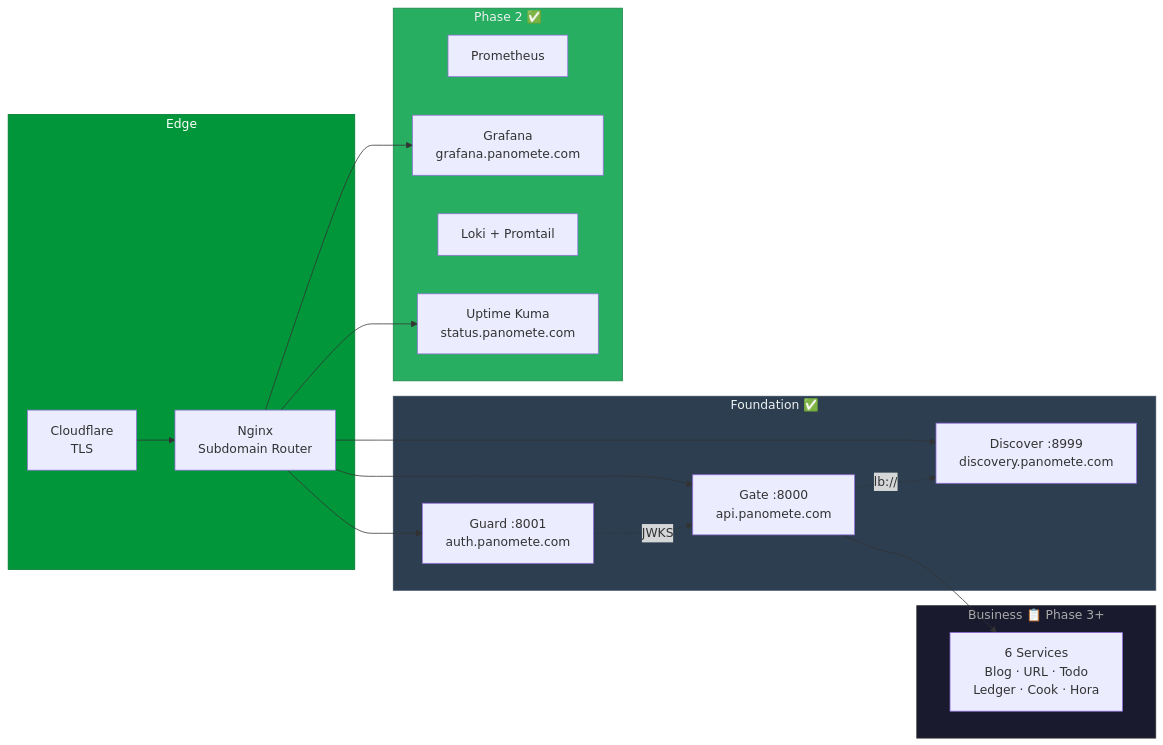
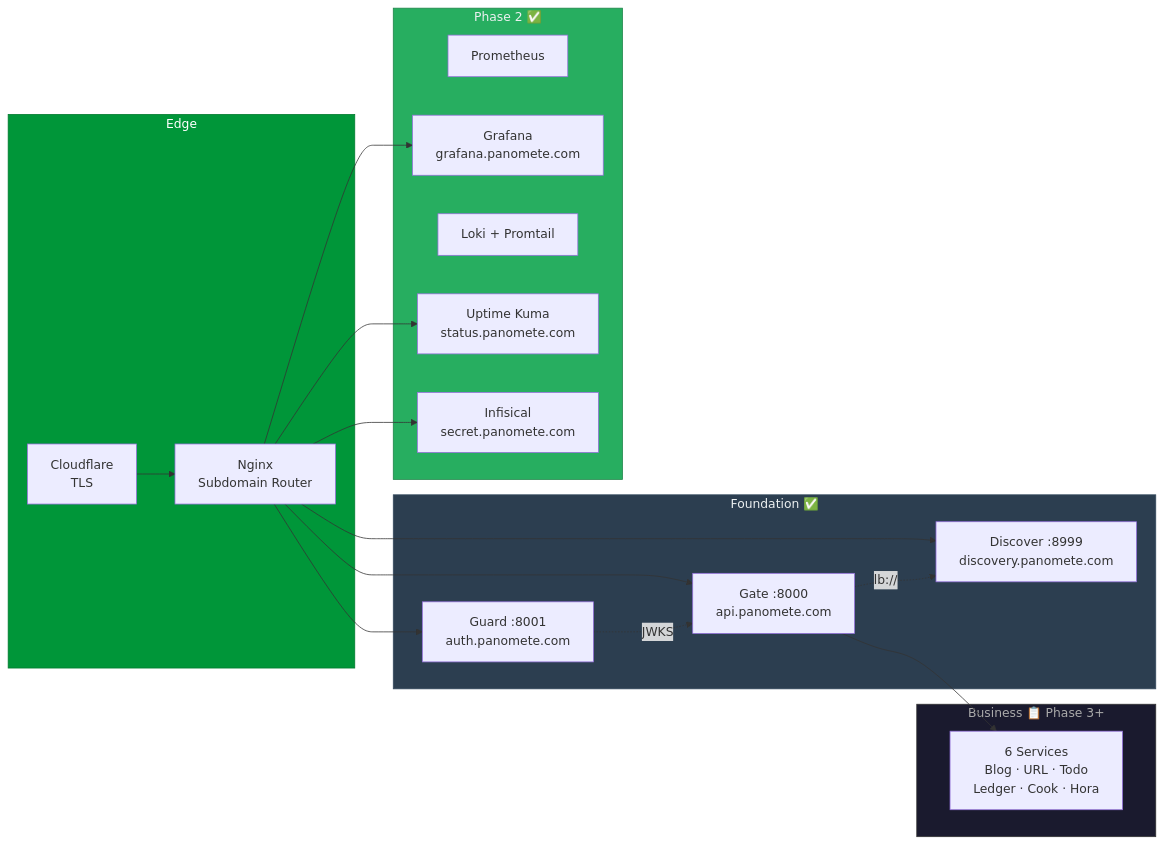
The diagram in README.md (oat431/document_template), drawn with Mermaid before and after one commit. The commit also changed other lines of this file and 1 other file, not shown here.

````diff
--- a/README.md
+++ b/README.md
@@ -62,38 +63,40 @@
 ```mermaid
 flowchart LR
     subgraph Edge["Edge"]
         CF["Cloudflare<br>TLS"] --> Nginx["Nginx<br>Subdomain Router"]
     end
 
     subgraph Foundation["Foundation ✅"]
         Guard["Guard :8001<br>auth.panomete.com"]
         Discover["Discover :8999<br>discovery.panomete.com"]
         Gate["Gate :8000<br>api.panomete.com"]
     end
 
     subgraph Phase2["Phase 2 ✅"]
         Prom["Prometheus"]
         Grafana["Grafana<br>grafana.panomete.com"]
         Loki["Loki + Promtail"]
         Kuma["Uptime Kuma<br>status.panomete.com"]
+        Secret["Infisical<br>secret.panomete.com"]
     end
 
     subgraph Business["Business 📋 Phase 3+"]
         Services["6 Services<br>Blog · URL · Todo<br>Ledger · Cook · Hora"]
     end
 
     Nginx --> Guard
     Nginx --> Discover
     Nginx --> Gate
     Nginx --> Grafana
     Nginx --> Kuma
+    Nginx --> Secret
     Gate --> Services
 
     Guard -.->|"JWKS"| Gate
     Gate -.->|"lb://"| Discover
 
     style Edge fill:#009639,stroke:#007a2e,color:#fff
     style Foundation fill:#2c3e50,stroke:#34495e,color:#ecf0f1
     style Phase2 fill:#27ae60,stroke:#1e8449,color:#ecf0f1
     style Business fill:#1a1a2e,stroke:#333,color:#aaa
 ```
````
